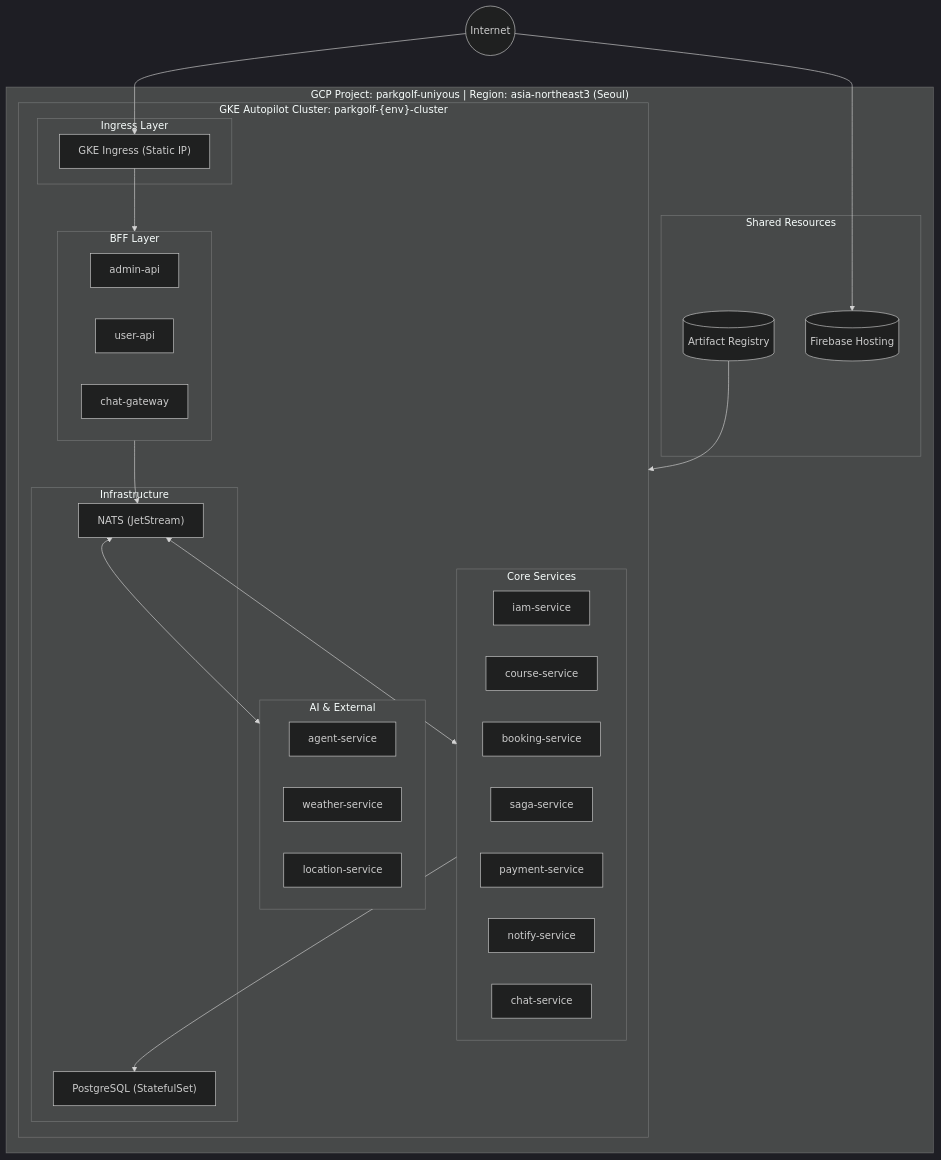
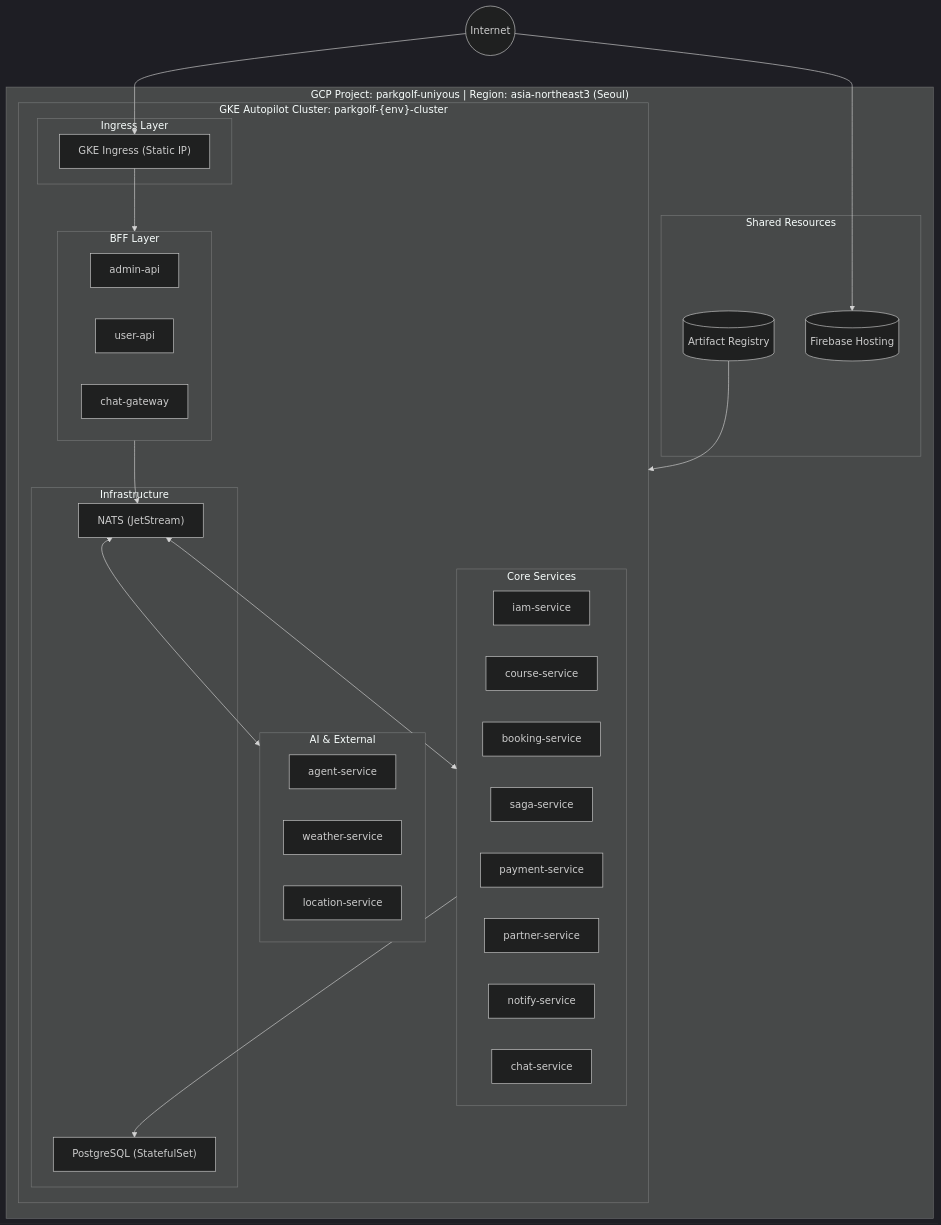
The first of 2 diagrams in docs/architecture/INFRASTRUCTURE.md (uniyous/parkgolf-platform), drawn with Mermaid (dark theme) before and after one commit. The commit also changed other lines of this file and 4 other files, not shown here.

First line of the commit message:
docs: 가맹점 분류 체계 및 partner-service 아키텍처 문서 현행화

````diff
--- a/docs/architecture/INFRASTRUCTURE.md
+++ b/docs/architecture/INFRASTRUCTURE.md
@@ -5,51 +5,52 @@
 ```mermaid
 flowchart TB
     subgraph GCP["GCP Project: parkgolf-uniyous | Region: asia-northeast3 (Seoul)"]
         subgraph SHARED["Shared Resources"]
             AR[("Artifact Registry")]
             FH[("Firebase Hosting")]
         end
 
         subgraph GKE["GKE Autopilot Cluster: parkgolf-{env}-cluster"]
             subgraph INGRESS["Ingress Layer"]
                 ING["GKE Ingress (Static IP)"]
             end
 
             subgraph BFF["BFF Layer"]
                 ADMIN_API["admin-api"]
                 USER_API["user-api"]
                 CHAT_GW["chat-gateway"]
             end
 
             subgraph CORE["Core Services"]
                 IAM["iam-service"]
                 COURSE["course-service"]
                 BOOKING["booking-service"]
                 SAGA["saga-service"]
                 PAY["payment-service"]
+                PARTNER["partner-service"]
                 NOTIFY["notify-service"]
                 CHAT["chat-service"]
             end
 
             subgraph EXT["AI & External"]
                 AGENT["agent-service"]
                 WEATHER["weather-service"]
                 LOCATION["location-service"]
             end
 
             subgraph INFRA["Infrastructure"]
                 NATS["NATS (JetStream)"]
                 PG["PostgreSQL (StatefulSet)"]
             end
         end
     end
 
     INTERNET((Internet)) --> FH
     INTERNET --> ING
     ING --> BFF
     BFF --> NATS
     NATS <--> CORE
     NATS <--> EXT
     CORE --> PG
     AR --> GKE
 ```
````
